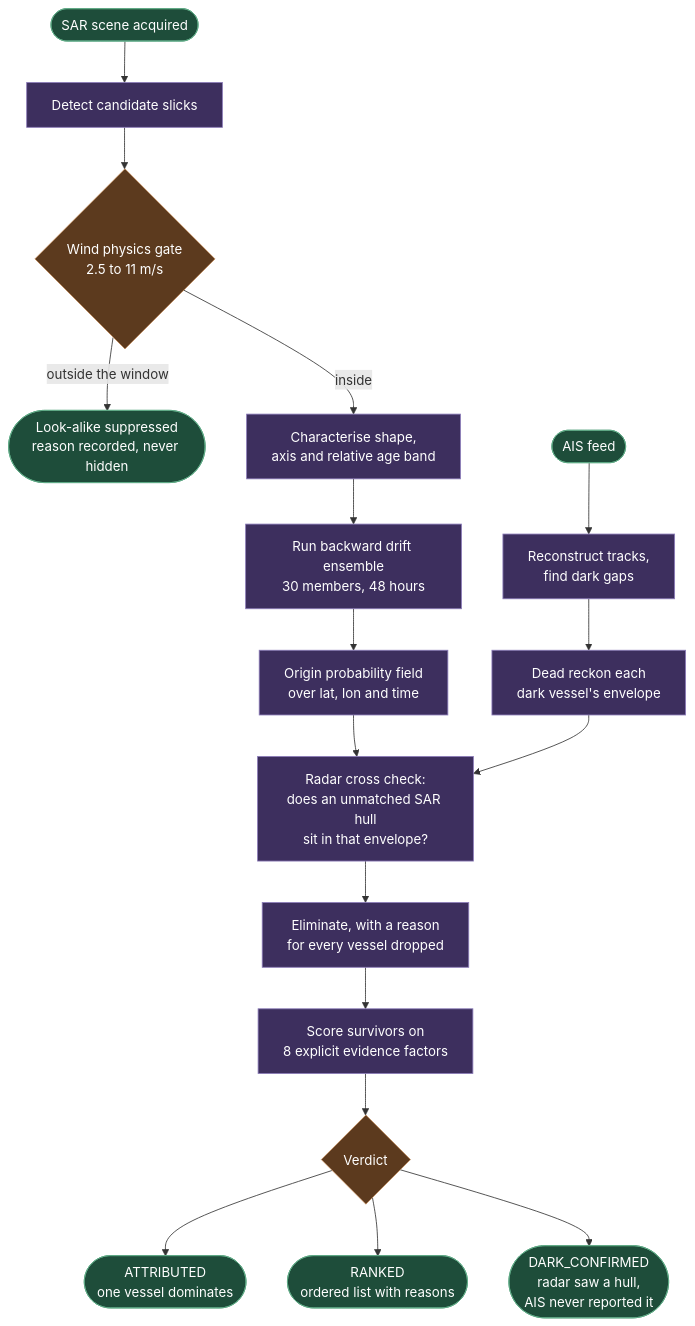
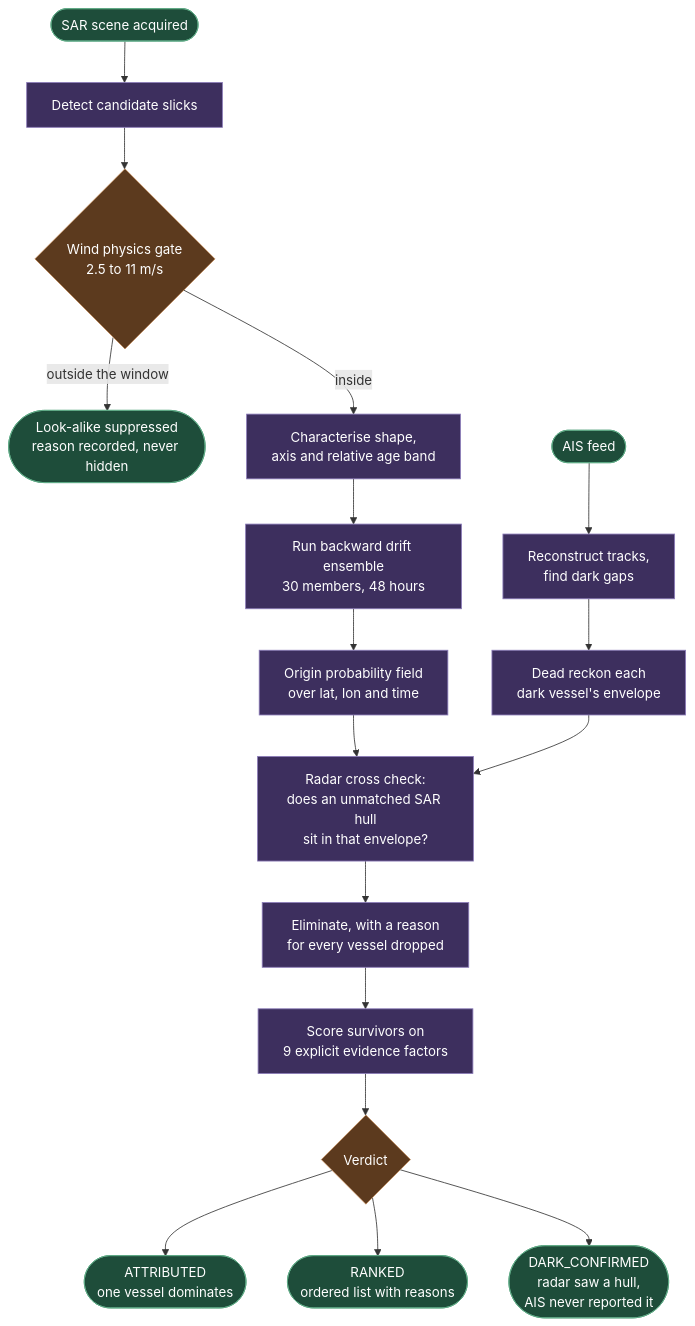
One commit to RiteshGadarla/Pharos changed the second of 2 diagrams in README.md. Above: the diagram before and after it, drawn with Mermaid. The commit also changed other lines of this file and 6 other files, not shown here.

````diff
--- a/README.md
+++ b/README.md
@@ -124,28 +124,28 @@
 ```mermaid
 flowchart TD
     A(["SAR scene acquired"]) --> B["Detect candidate slicks"]
     B --> C{"Wind physics gate<br/>2.5 to 11 m/s"}
     C -->|"outside the window"| X(["Look-alike suppressed<br/>reason recorded, never hidden"])
     C -->|"inside"| D["Characterise shape,<br/>axis and relative age band"]
     D --> E["Run backward drift ensemble<br/>30 members, 48 hours"]
     E --> F["Origin probability field<br/>over lat, lon and time"]
 
     G(["AIS feed"]) --> H["Reconstruct tracks,<br/>find dark gaps"]
     H --> I["Dead reckon each<br/>dark vessel's envelope"]
     F --> J
     I --> J["Radar cross check:<br/>does an unmatched SAR hull<br/>sit in that envelope?"]
 
     J --> K["Eliminate, with a reason<br/>for every vessel dropped"]
-    K --> L["Score survivors on<br/>8 explicit evidence factors"]
+    K --> L["Score survivors on<br/>9 explicit evidence factors"]
     L --> M{"Verdict"}
     M --> N(["ATTRIBUTED<br/>one vessel dominates"])
     M --> O(["RANKED<br/>ordered list with reasons"])
     M --> P(["DARK_CONFIRMED<br/>radar saw a hull,<br/>AIS never reported it"])
 
     classDef stage fill:#3d2f5e,stroke:#8b7bb8,color:#fff
     classDef gate fill:#5c3a1e,stroke:#c08b5c,color:#fff
     classDef term fill:#1e4d3a,stroke:#5faa85,color:#fff
     class B,D,E,F,H,I,J,K,L stage
     class C,M gate
     class A,G,N,O,P,X term
 ```
````
